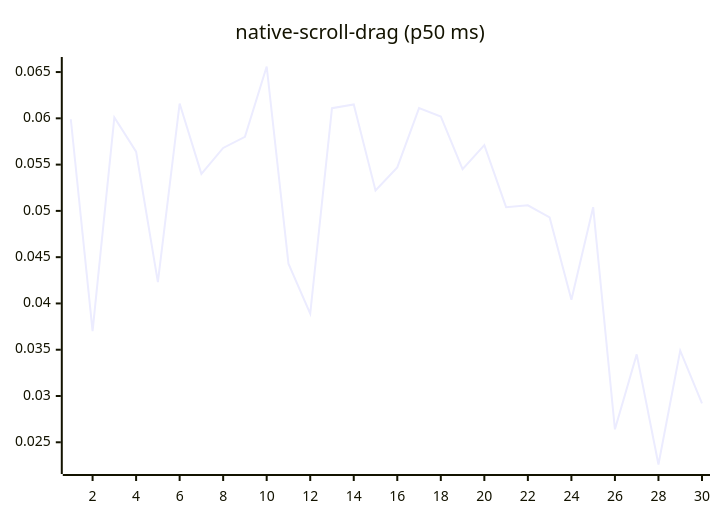
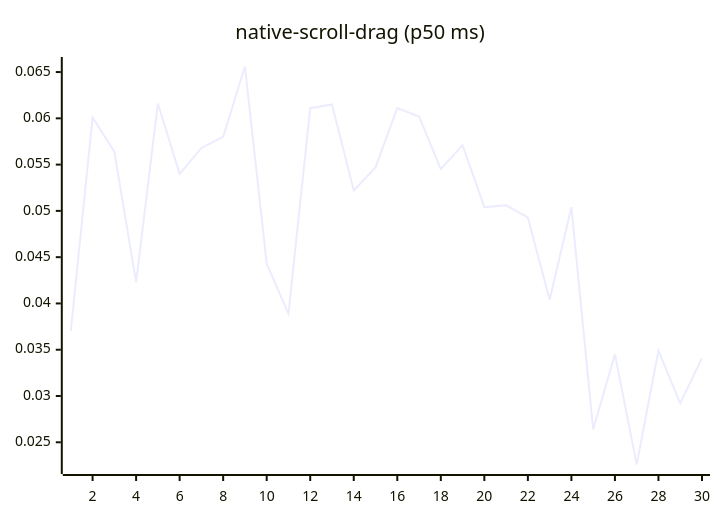
Before and after one commit to josha/Facet: diagram 14 of 27 in README.md, drawn with Mermaid. The commit also changed other lines of this file and 2 other files, not shown here.

````diff
--- a/README.md
+++ b/README.md
@@ -154,6 +154,6 @@
 ```mermaid
 xychart-beta
     title "native-scroll-drag (p50 ms)"
     x-axis 1 --> 30
-    line [0.0599, 0.0370, 0.0601, 0.0564, 0.0423, 0.0616, 0.0540, 0.0568, 0.0580, 0.0656, 0.0443, 0.0389, 0.0611, 0.0615, 0.0522, 0.0547, 0.0611, 0.0602, 0.0545, 0.0571, 0.0504, 0.0506, 0.0493, 0.0404, 0.0504, 0.0264, 0.0345, 0.0226, 0.0349, 0.0292]
+    line [0.0370, 0.0601, 0.0564, 0.0423, 0.0616, 0.0540, 0.0568, 0.0580, 0.0656, 0.0443, 0.0389, 0.0611, 0.0615, 0.0522, 0.0547, 0.0611, 0.0602, 0.0545, 0.0571, 0.0504, 0.0506, 0.0493, 0.0404, 0.0504, 0.0264, 0.0345, 0.0226, 0.0349, 0.0292, 0.0341]
 ```
````
